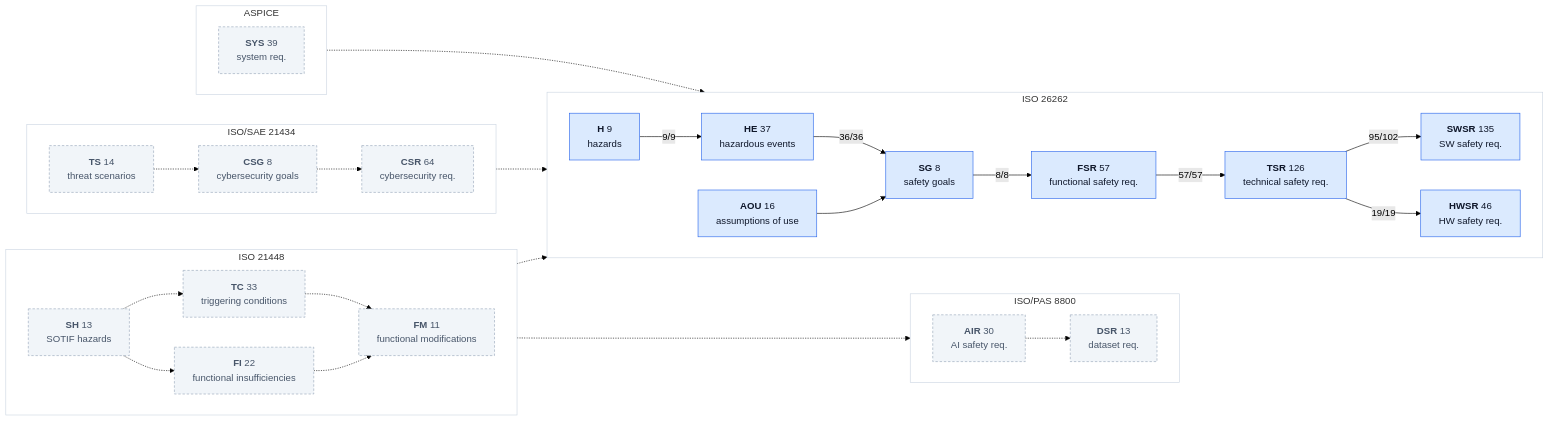
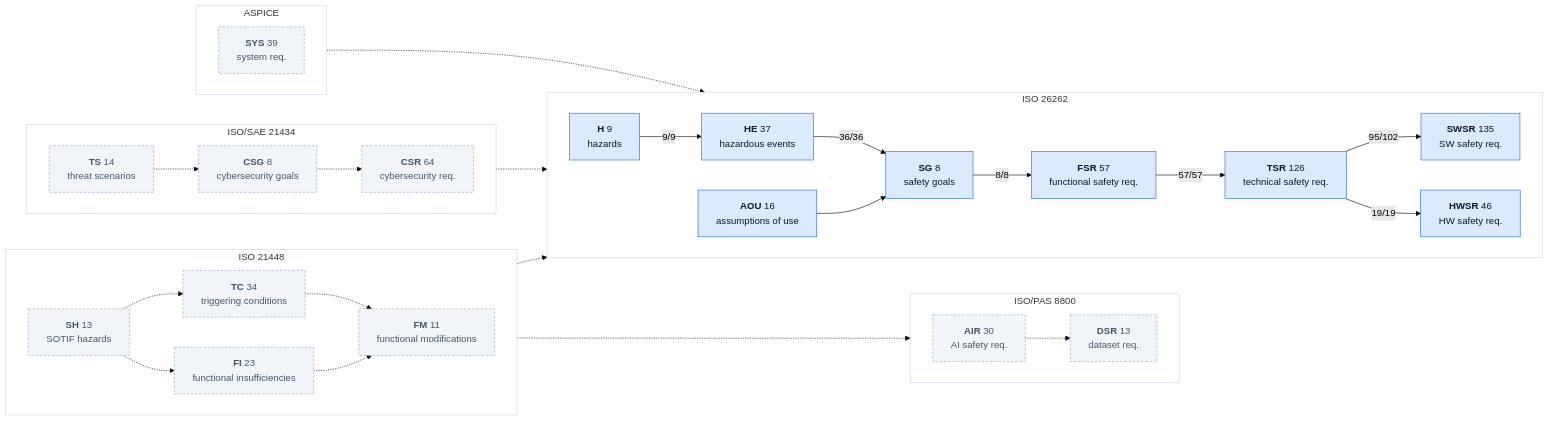
The second of 2 diagrams in assurance/trace/maps/aspice-trace-map.md (jherrodthomas/LionDriver), drawn with Mermaid (forest theme) before and after one commit. The commit also changed other lines of this file and 16 other files, not shown here.

````diff
--- a/assurance/trace/maps/aspice-trace-map.md
+++ b/assurance/trace/maps/aspice-trace-map.md
@@ -188,61 +188,61 @@
 ```mermaid
 flowchart LR
   subgraph ISO26262["ISO 26262"]
     direction LR
     kH["<b>H</b> 9<br/>hazards"]:::traced
     kHE["<b>HE</b> 37<br/>hazardous events"]:::traced
     kSG["<b>SG</b> 8<br/>safety goals"]:::traced
     kFSR["<b>FSR</b> 57<br/>functional safety req."]:::traced
     kTSR["<b>TSR</b> 126<br/>technical safety req."]:::traced
     kSWSR["<b>SWSR</b> 135<br/>SW safety req."]:::traced
     kHWSR["<b>HWSR</b> 46<br/>HW safety req."]:::traced
     kAOU["<b>AOU</b> 16<br/>assumptions of use"]:::traced
   end
   style ISO26262 fill:#FFFFFF,stroke:#CBD5E1
   subgraph ISO21448["ISO 21448"]
     direction LR
     kSH["<b>SH</b> 13<br/>SOTIF hazards"]:::doc
-    kTC["<b>TC</b> 33<br/>triggering conditions"]:::doc
-    kFI["<b>FI</b> 22<br/>functional insufficiencies"]:::doc
+    kTC["<b>TC</b> 34<br/>triggering conditions"]:::doc
+    kFI["<b>FI</b> 23<br/>functional insufficiencies"]:::doc
     kFM["<b>FM</b> 11<br/>functional modifications"]:::doc
   end
   style ISO21448 fill:#FFFFFF,stroke:#CBD5E1
   subgraph ISOPAS8800["ISO/PAS 8800"]
     direction LR
     kAIR["<b>AIR</b> 30<br/>AI safety req."]:::doc
     kDSR["<b>DSR</b> 13<br/>dataset req."]:::doc
   end
   style ISOPAS8800 fill:#FFFFFF,stroke:#CBD5E1
   subgraph ISOSAE21434["ISO/SAE 21434"]
     direction LR
     kTS["<b>TS</b> 14<br/>threat scenarios"]:::doc
     kCSG["<b>CSG</b> 8<br/>cybersecurity goals"]:::doc
     kCSR["<b>CSR</b> 64<br/>cybersecurity req."]:::doc
   end
   style ISOSAE21434 fill:#FFFFFF,stroke:#CBD5E1
   subgraph ASPICE["ASPICE"]
     direction LR
     kSYS["<b>SYS</b> 39<br/>system req."]:::doc
   end
   style ASPICE fill:#FFFFFF,stroke:#CBD5E1
   kH -->|"9/9"| kHE
   kHE -->|"36/36"| kSG
   kSG -->|"8/8"| kFSR
   kFSR -->|"57/57"| kTSR
   kTSR -->|"95/102"| kSWSR
   kTSR -->|"19/19"| kHWSR
   kAOU --> kSG
   kSH -.-> kTC
   kSH -.-> kFI
   kTC -.-> kFM
   kFI -.-> kFM
   kSH -.-> kHE
   kFI -.-> kAIR
   kAIR -.-> kDSR
   kTS -.-> kCSG
   kCSG -.-> kCSR
   kCSG -.-> kSG
   kSYS -.-> kTSR
   classDef traced fill:#DBEAFE,stroke:#2563EB,color:#0F172A
   classDef doc fill:#F1F5F9,stroke:#94A3B8,stroke-dasharray:4 3,color:#475569
 ```
````
